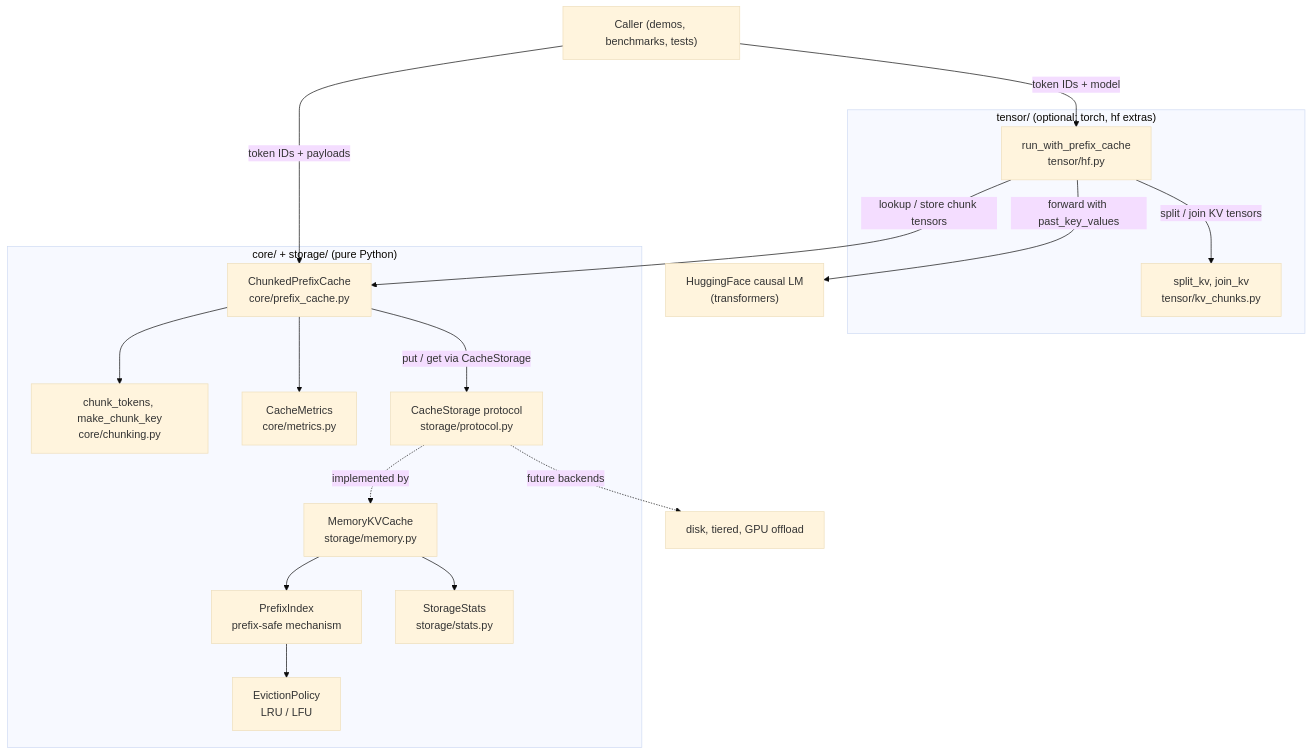
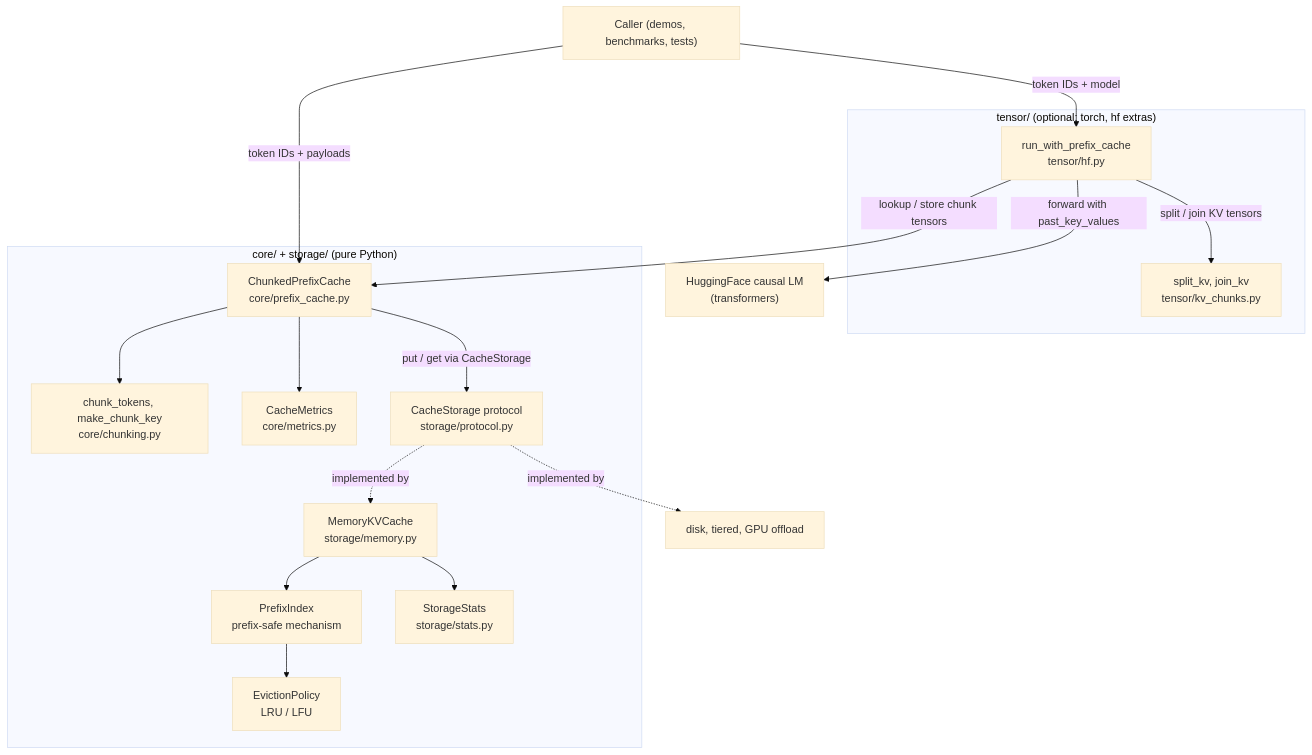
One commit to Dami-wq-k03/nano-lmcache changed the first of 5 diagrams in docs/architecture.md. Above: the diagram before and after it, drawn with Mermaid (base theme). The commit also changed other lines of this file and 17 other files, not shown here.

````diff
--- a/docs/architecture.md
+++ b/docs/architecture.md
@@ -26,35 +26,35 @@
 ```mermaid
 graph TD
     Caller["Caller (demos, benchmarks, tests)"]
     Model["HuggingFace causal LM<br/>(transformers)"]
 
     subgraph tensor["tensor/ (optional: torch, hf extras)"]
         HF["run_with_prefix_cache<br/>tensor/hf.py"]
         KV["split_kv, join_kv<br/>tensor/kv_chunks.py"]
     end
 
     subgraph pure["core/ + storage/ (pure Python)"]
         PC["ChunkedPrefixCache<br/>core/prefix_cache.py"]
         CH["chunk_tokens, make_chunk_key<br/>core/chunking.py"]
         MET["CacheMetrics<br/>core/metrics.py"]
         ST["CacheStorage protocol<br/>storage/protocol.py"]
         IDX["PrefixIndex<br/>prefix-safe mechanism"]
         POL["EvictionPolicy<br/>LRU / LFU"]
         MEM["MemoryKVCache<br/>storage/memory.py"]
         SS["StorageStats<br/>storage/stats.py"]
     end
 
     Caller -->|"token IDs + payloads"| PC
     Caller -->|"token IDs + model"| HF
     HF -->|"lookup / store chunk tensors"| PC
     HF -->|"split / join KV tensors"| KV
     HF -->|"forward with past_key_values"| Model
     PC --> CH
     PC --> MET
     PC -->|"put / get via CacheStorage"| ST
     ST -.->|implemented by| MEM
     MEM --> IDX
     IDX --> POL
     MEM --> SS
-    ST -.->|"future backends"| FUT["disk, tiered, GPU offload"]
+    ST -.->|implemented by| OTHER["disk, tiered, GPU offload"]
 ```
````
